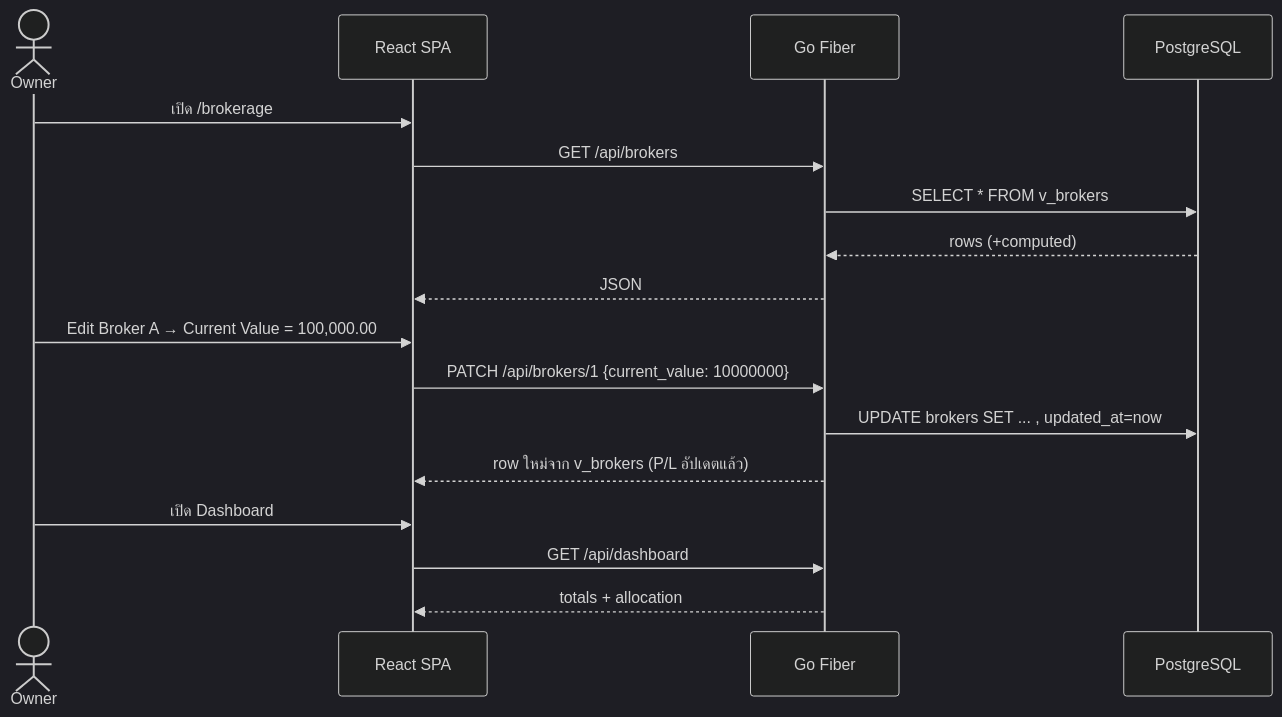
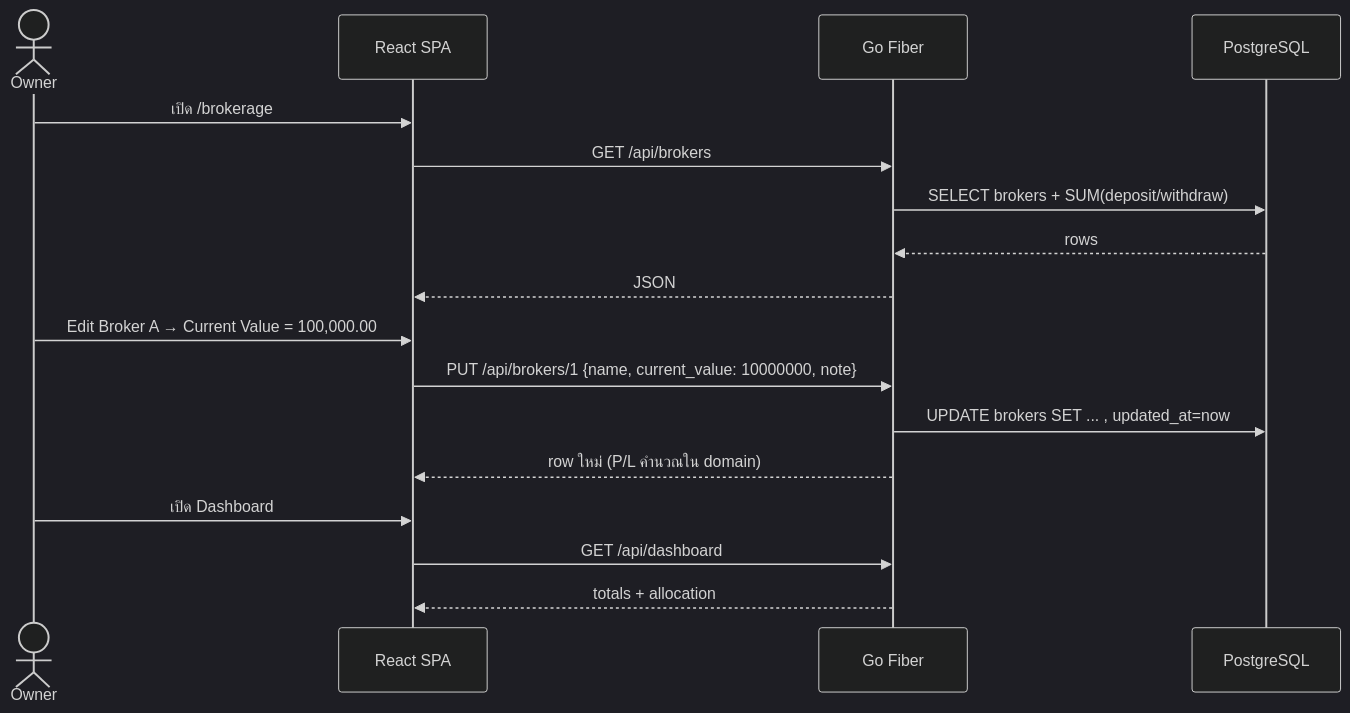
Before and after one commit to watcharaY/portfolio-tracker: the third of 3 diagrams in docs/03-user-journey.md, drawn with Mermaid (dark theme). The commit also changed 3 other files, not shown here.

First line of the commit message:
docs: put system design, user journey and ER diagram in the README

````diff
--- a/docs/03-user-journey.md
+++ b/docs/03-user-journey.md
@@ -53,20 +53,20 @@
 ```mermaid
 sequenceDiagram
     actor O as Owner
     participant UI as React SPA
     participant API as Go Fiber
     participant DB as PostgreSQL
 
     O->>UI: เปิด /brokerage
     UI->>API: GET /api/brokers
-    API->>DB: SELECT * FROM v_brokers
-    DB-->>API: rows (+computed)
+    API->>DB: SELECT brokers + SUM(deposit/withdraw)
+    DB-->>API: rows
     API-->>UI: JSON
     O->>UI: Edit Broker A → Current Value = 100,000.00
-    UI->>API: PATCH /api/brokers/1 {current_value: 10000000}
+    UI->>API: PUT /api/brokers/1 {name, current_value: 10000000, note}
     API->>DB: UPDATE brokers SET ... , updated_at=now
-    API-->>UI: row ใหม่จาก v_brokers (P/L อัปเดตแล้ว)
+    API-->>UI: row ใหม่ (P/L คำนวณใน domain)
     O->>UI: เปิด Dashboard
     UI->>API: GET /api/dashboard
     API-->>UI: totals + allocation
 ```
````
